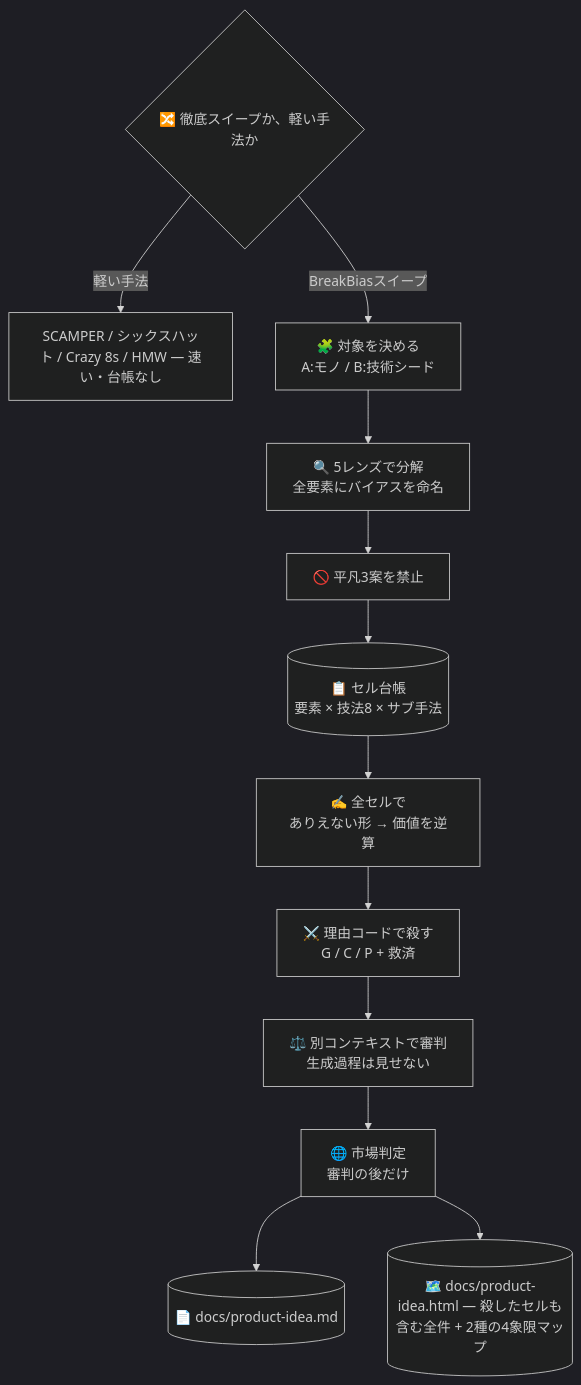
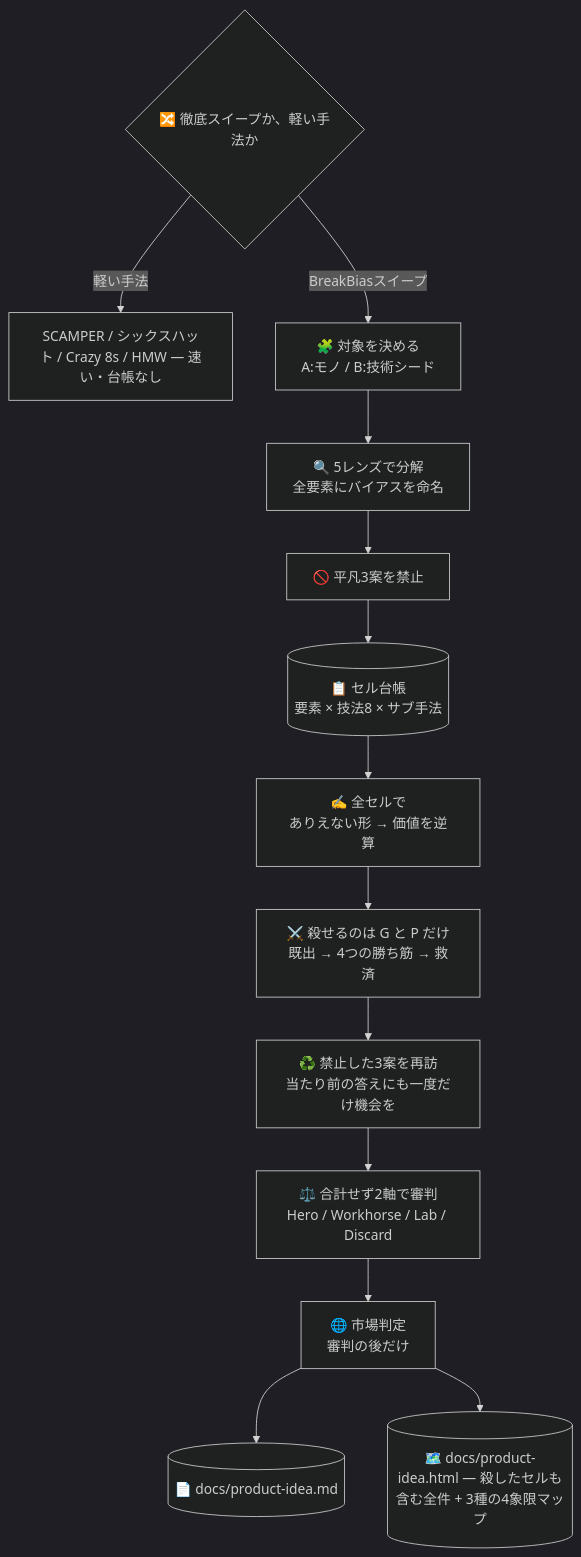
One commit to takaoumehara/superforge-skill changed the diagram in skills/superforge-brain/README.ja.md. Above: the diagram before and after it, drawn with Mermaid (dark theme). The commit also changed other lines of this file and 92 other files, not shown here.

````diff
--- a/skills/superforge-brain/README.ja.md
+++ b/skills/superforge-brain/README.ja.md
@@ -27,14 +27,15 @@
 ```mermaid
 flowchart TD
     Z{🔀 徹底スイープか、軽い手法か} -->|軽い手法| ZC[SCAMPER / シックスハット / Crazy 8s / HMW — 速い・台帳なし]
     Z -->|BreakBiasスイープ| A[🧩 対象を決める<br/>A:モノ / B:技術シード]
     A --> B[🔍 5レンズで分解<br/>全要素にバイアスを命名]
     B --> C[🚫 平凡3案を禁止]
     C --> D[(📋 セル台帳<br/>要素 × 技法8 × サブ手法)]
     D --> E[✍️ 全セルで<br/>ありえない形 → 価値を逆算]
-    E --> F[⚔️ 理由コードで殺す<br/>G / C / P + 救済]
-    F --> G[⚖️ 別コンテキストで審判<br/>生成過程は見せない]
+    E --> F[⚔️ 殺せるのは G と P だけ<br/>既出 → 4つの勝ち筋 → 救済]
+    F --> F2[♻️ 禁止した3案を再訪<br/>当たり前の答えにも一度だけ機会を]
+    F2 --> G[⚖️ 合計せず2軸で審判<br/>Hero / Workhorse / Lab / Discard]
     G --> H[🌐 市場判定<br/>審判の後だけ]
     H --> I[(📄 docs/product-idea.md)]
-    H --> J[(🗺️ docs/product-idea.html — 殺したセルも含む全件 + 2種の4象限マップ)]
+    H --> J[(🗺️ docs/product-idea.html — 殺したセルも含む全件 + 3種の4象限マップ)]
 ```
````
